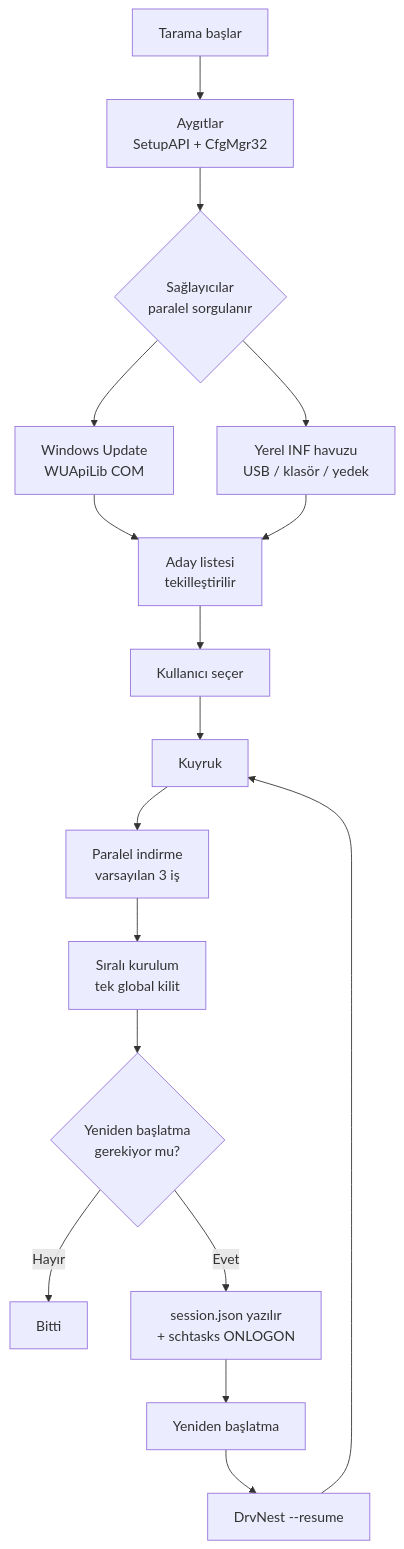
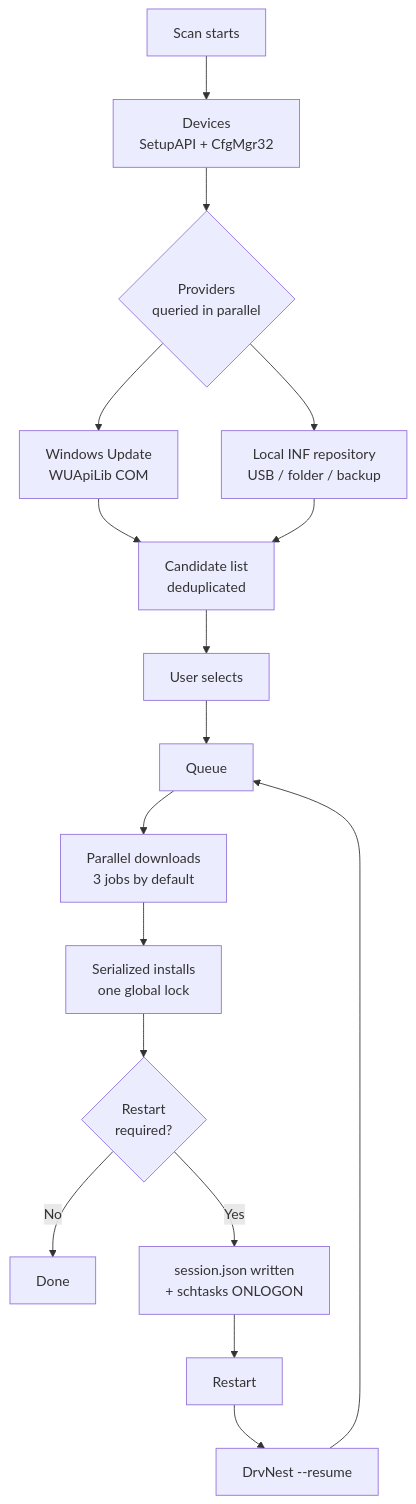
The diagram in README.md (ahmetcaglayan/DrvNest), drawn with Mermaid before and after one commit. The commit also changed other lines of this file and 3 other files, not shown here.

````diff
--- a/README.md
+++ b/README.md
@@ -173,19 +174,19 @@
 ```mermaid
 flowchart TD
-    A["Tarama başlar"] --> B["Aygıtlar<br/>SetupAPI + CfgMgr32"]
-    B --> C{"Sağlayıcılar<br/>paralel sorgulanır"}
+    A["Scan starts"] --> B["Devices<br/>SetupAPI + CfgMgr32"]
+    B --> C{"Providers<br/>queried in parallel"}
     C --> D["Windows Update<br/>WUApiLib COM"]
-    C --> E["Yerel INF havuzu<br/>USB / klasör / yedek"]
-    D --> F["Aday listesi<br/>tekilleştirilir"]
+    C --> E["Local INF repository<br/>USB / folder / backup"]
+    D --> F["Candidate list<br/>deduplicated"]
     E --> F
-    F --> G["Kullanıcı seçer"]
-    G --> H["Kuyruk"]
-    H --> I["Paralel indirme<br/>varsayılan 3 iş"]
-    I --> J["Sıralı kurulum<br/>tek global kilit"]
-    J --> K{"Yeniden başlatma<br/>gerekiyor mu?"}
-    K -->|Hayır| L["Bitti"]
-    K -->|Evet| M["session.json yazılır<br/>+ schtasks ONLOGON"]
-    M --> N["Yeniden başlatma"]
+    F --> G["User selects"]
+    G --> H["Queue"]
+    H --> I["Parallel downloads<br/>3 jobs by default"]
+    I --> J["Serialized installs<br/>one global lock"]
+    J --> K{"Restart<br/>required?"}
+    K -->|No| L["Done"]
+    K -->|Yes| M["session.json written<br/>+ schtasks ONLOGON"]
+    M --> N["Restart"]
     N --> O["DrvNest --resume"]
     O --> H
 ```
````
